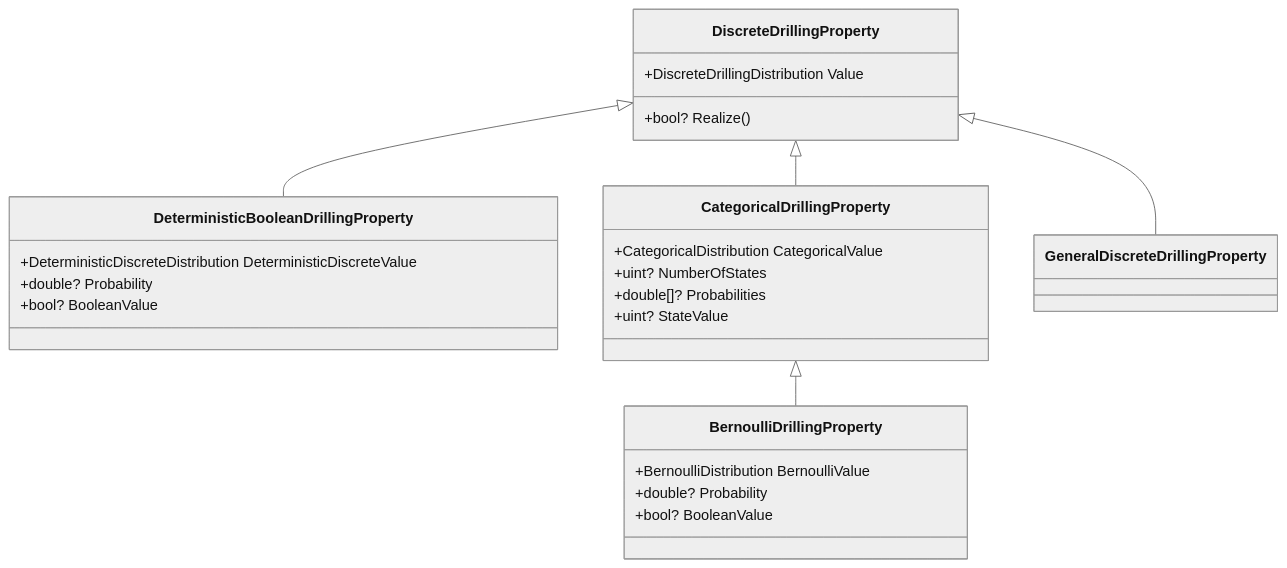
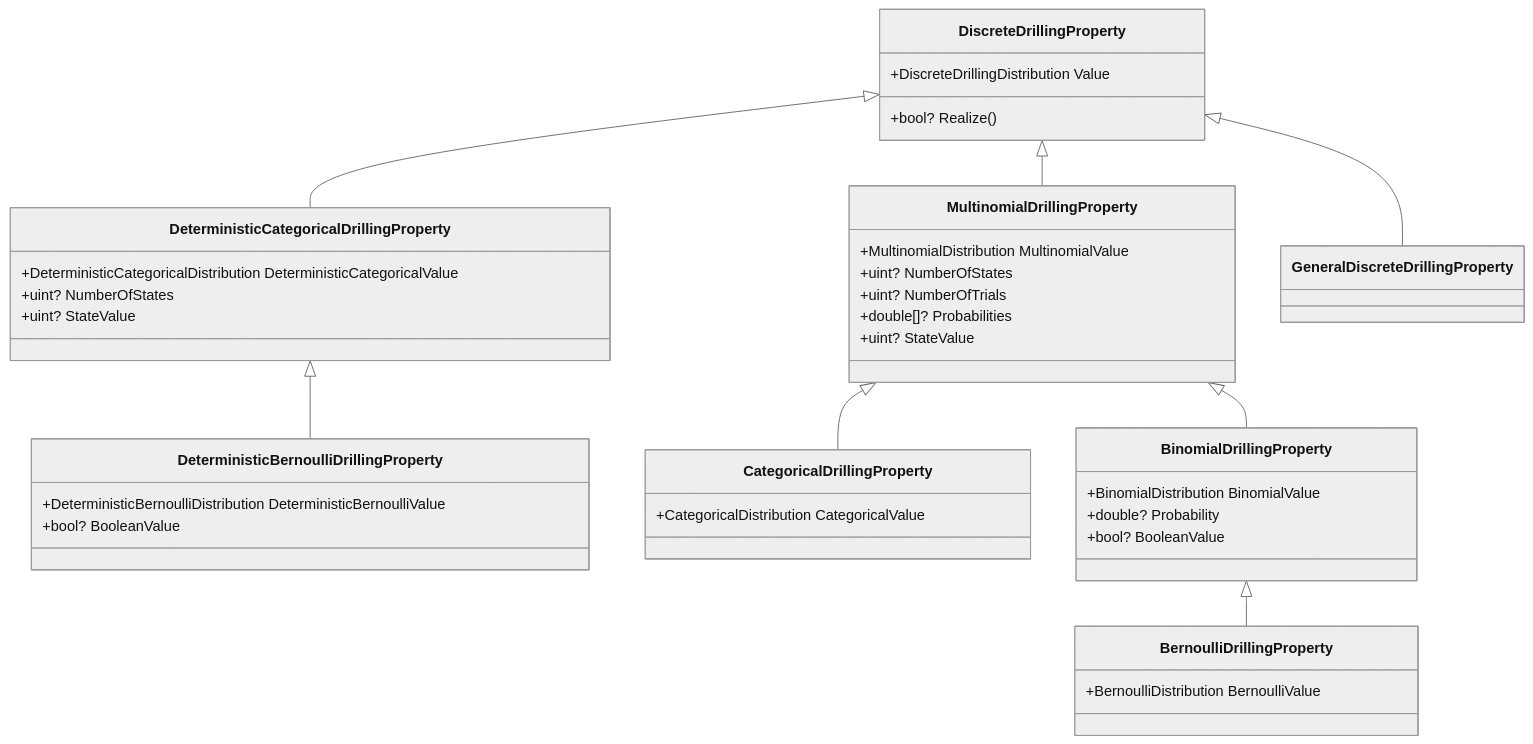
The third of 10 diagrams in OSDC.DotnetLibraries.General/OSDC.DotnetLibraries.Drilling.DrillingProperties/readme.md (Open-Source-Drilling-Community/DotNetLibraries), drawn with Mermaid (neutral theme) before and after one commit. The commit also changed other lines of this file and 24 other files, not shown here.

````diff
--- a/OSDC.DotnetLibraries.General/OSDC.DotnetLibraries.Drilling.DrillingProperties/readme.md
+++ b/OSDC.DotnetLibraries.General/OSDC.DotnetLibraries.Drilling.DrillingProperties/readme.md
@@ -199,28 +199,42 @@
 ```mermaid
 classDiagram
-    DiscreteDrillingProperty <|-- DeterministicBooleanDrillingProperty
-    DiscreteDrillingProperty <|-- CategoricalDrillingProperty
+    DiscreteDrillingProperty <|-- DeterministicCategoricalDrillingProperty
+    DeterministicCategoricalDrillingProperty <|-- DeterministicBernoulliDrillingProperty
+    DiscreteDrillingProperty <|-- MultinomialDrillingProperty
+    MultinomialDrillingProperty <|-- CategoricalDrillingProperty
+    MultinomialDrillingProperty <|-- BinomialDrillingProperty
+    BinomialDrillingProperty <|-- BernoulliDrillingProperty
     DiscreteDrillingProperty <|-- GeneralDiscreteDrillingProperty
     DiscreteDrillingProperty : +DiscreteDrillingDistribution Value
     DiscreteDrillingProperty : +bool? Realize()
-    CategoricalDrillingProperty <|-- BernoulliDrillingProperty
+    class DeterministicCategoricalDrillingProperty {
+      +DeterministicCategoricalDistribution DeterministicCategoricalValue
+      +uint? NumberOfStates
+      +uint? StateValue
+    }
+    class DeterministicBernoulliDrillingProperty {
+        +DeterministicBernoulliDistribution DeterministicBernoulliValue
+        +bool? BooleanValue
+    }
+    class MultinomialDrillingProperty {
+       +MultinomialDistribution MultinomialValue
+       +uint? NumberOfStates
+       +uint? NumberOfTrials
+       +double[]? Probabilities
+       +uint? StateValue
+    }
+    class BinomialDrillingProperty {
+      +BinomialDistribution BinomialValue
+      +double? Probability
+      +bool? BooleanValue
+  }
     class CategoricalDrillingProperty {
       +CategoricalDistribution CategoricalValue
-      +uint? NumberOfStates
-      +double[]? Probabilities
-      +uint? StateValue
-    }
-    class DeterministicBooleanDrillingProperty {
-        +DeterministicDiscreteDistribution DeterministicDiscreteValue
-        +double? Probability
-        +bool? BooleanValue
     }
     class BernoulliDrillingProperty {
         +BernoulliDistribution BernoulliValue
-        +double? Probability
-        +bool? BooleanValue
     }
     class GeneralDiscreteDrillingProperty {
     }
 end
 ```
````
